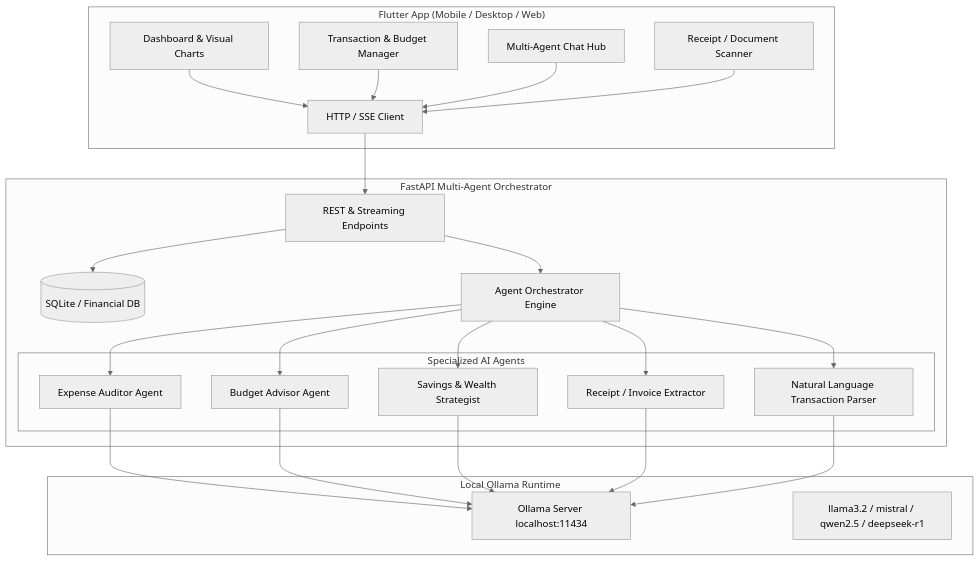
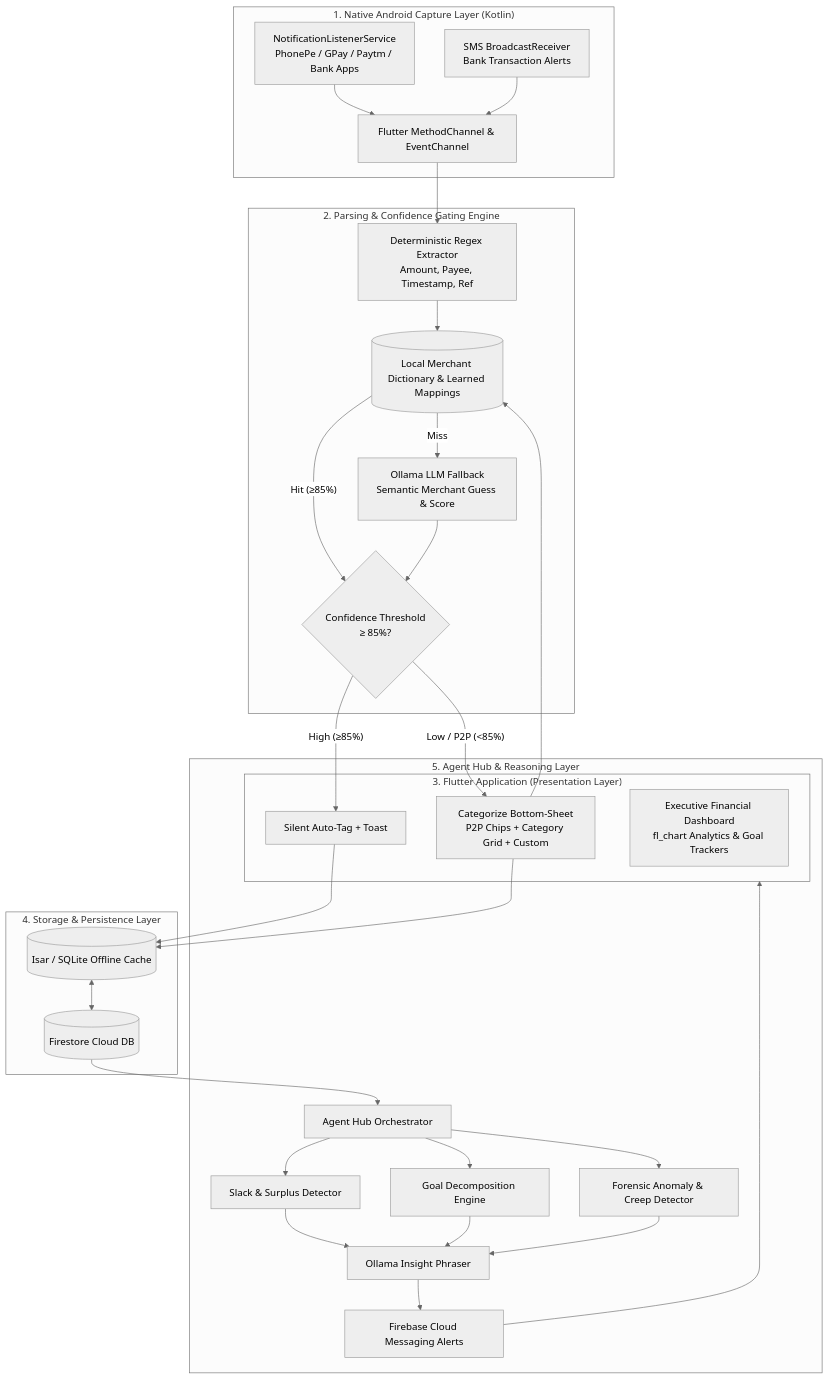
Before and after one commit to venkatreddy3/FiananceAgent: the first of 2 diagrams in ARCHITECTURE.md, drawn with Mermaid (neutral theme). The commit also changed other lines of this file, not shown here.

Commit message:
docs(spec): align technical architecture with Flutter/Android, UPI capture, and Ollama agent-hub spec

````diff
--- a/ARCHITECTURE.md
+++ b/ARCHITECTURE.md
@@ -5,50 +25,61 @@
 ```mermaid
 graph TD
-    subgraph Frontend["Flutter App (Mobile / Desktop / Web)"]
-        UI[Dashboard & Visual Charts]
-        TX[Transaction & Budget Manager]
-        Chat[Multi-Agent Chat Hub]
-        ReceiptUI[Receipt / Document Scanner]
-        APIClient[HTTP / SSE Client]
+    subgraph CaptureLayer["1. Native Android Capture Layer (Kotlin)"]
+        NLS[NotificationListenerService<br/>PhonePe / GPay / Paytm / Bank Apps]
+        SMS[SMS BroadcastReceiver<br/>Bank Transaction Alerts]
+        Bridge[Flutter MethodChannel & EventChannel]
+        NLS --> Bridge
+        SMS --> Bridge
     end
 
-    subgraph Backend["FastAPI Multi-Agent Orchestrator"]
-        API[REST & Streaming Endpoints]
-        DB[(SQLite / Financial DB)]
-        Orchestrator[Agent Orchestrator Engine]
+    subgraph ParsingLayer["2. Parsing & Confidence Gating Engine"]
+        Regex[Deterministic Regex Extractor<br/>Amount, Payee, Timestamp, Ref]
+        Dict[(Local Merchant Dictionary & Learned Mappings)]
+        ConfGate{Confidence Threshold<br/>≥ 85%?}
+        OllamaEngine[Ollama LLM Fallback<br/>Semantic Merchant Guess & Score]
         
-        subgraph Agents["Specialized AI Agents"]
-            Auditor[Expense Auditor Agent]
-            BudgetAdvisor[Budget Advisor Agent]
-            SavingsStrategist[Savings & Wealth Strategist]
-            ReceiptParser[Receipt / Invoice Extractor]
-            NLParser[Natural Language Transaction Parser]
-        end
+        Bridge --> Regex
+        Regex --> Dict
+        Dict -- Miss --> OllamaEngine
+        Dict -- Hit (≥85%) --> ConfGate
+        OllamaEngine --> ConfGate
     end
 
-    subgraph LocalLLM["Local Ollama Runtime"]
-        OllamaEngine[Ollama Server localhost:11434]
-        Models["llama3.2 / mistral / qwen2.5 / deepseek-r1"]
+    subgraph UIUX["3. Flutter Application (Presentation Layer)"]
+        AutoToast[Silent Auto-Tag + Toast]
+        Sheet[Categorize Bottom-Sheet<br/>P2P Chips + Category Grid + Custom]
+        Dash[Executive Financial Dashboard<br/>fl_chart Analytics & Goal Trackers]
+        
+        ConfGate -- "High (≥85%)" --> AutoToast
+        ConfGate -- "Low / P2P (<85%)" --> Sheet
+        Sheet --> Dict
     end
 
-    UI --> APIClient
-    TX --> APIClient
-    Chat --> APIClient
-    ReceiptUI --> APIClient
-    
-    APIClient --> API
-    API --> Orchestrator
-    API --> DB
-    
-    Orchestrator --> Auditor
-    Orchestrator --> BudgetAdvisor
-    Orchestrator --> SavingsStrategist
-    Orchestrator --> ReceiptParser
-    Orchestrator --> NLParser
-    
-    Auditor --> OllamaEngine
-    BudgetAdvisor --> OllamaEngine
-    SavingsStrategist --> OllamaEngine
-    ReceiptParser --> OllamaEngine
-    NLParser --> OllamaEngine
+    subgraph StorageLayer["4. Storage & Persistence Layer"]
+        LocalDB[(Isar / SQLite Offline Cache)]
+        CloudDB[(Firestore Cloud DB)]
+        AutoToast --> LocalDB
+        Sheet --> LocalDB
+        LocalDB <--> CloudDB
+    end
+
+    subgraph AgentLayer["5. Agent Hub & Reasoning Layer"]
+        AgentHub[Agent Hub Orchestrator]
+        SlackDetector[Slack & Surplus Detector]
+        GoalPlanner[Goal Decomposition Engine]
+        AnomalyDetector[Forensic Anomaly & Creep Detector]
+        OllamaPhraser[Ollama Insight Phraser]
+        FCM[Firebase Cloud Messaging Alerts]
+
+        CloudDB --> AgentHub
+        AgentHub --> SlackDetector
+        AgentHub --> GoalPlanner
+        AgentHub --> AnomalyDetector
+        
+        SlackDetector --> OllamaPhraser
+        GoalPlanner --> OllamaPhraser
+        AnomalyDetector --> OllamaPhraser
+        OllamaPhraser --> FCM
+        FCM --> UIUX
+    end
 ```
````
